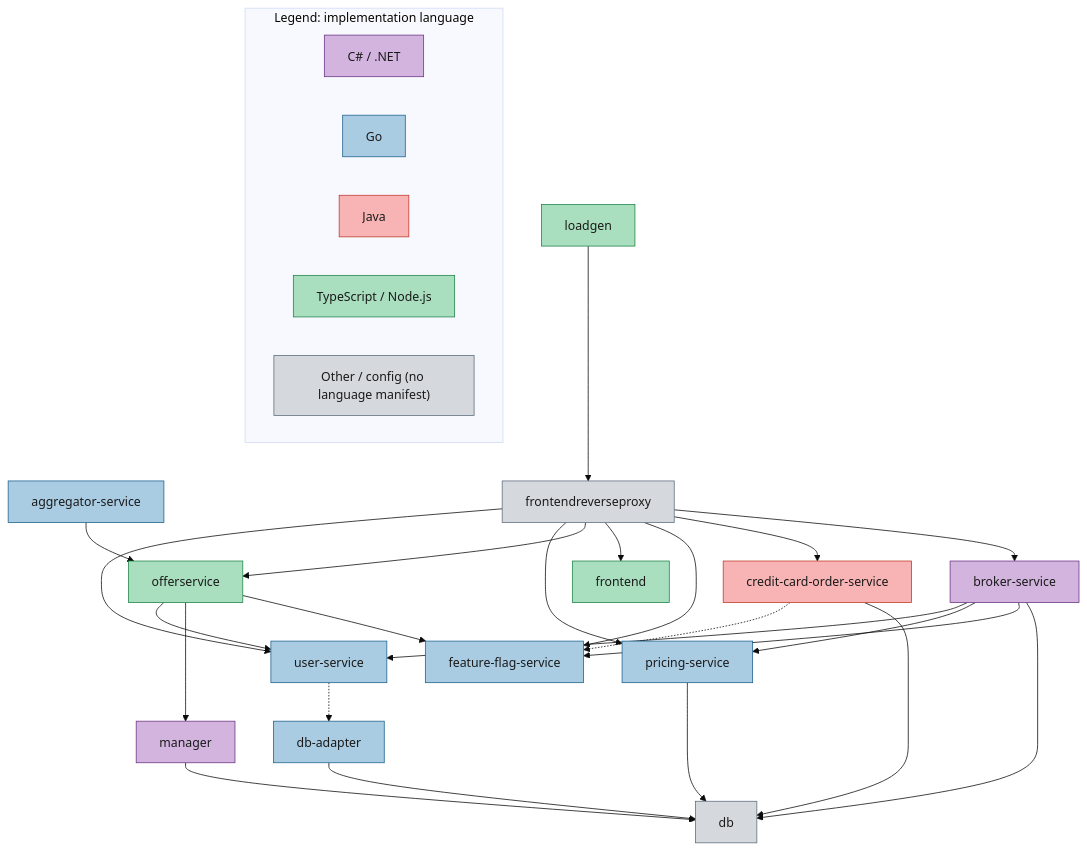
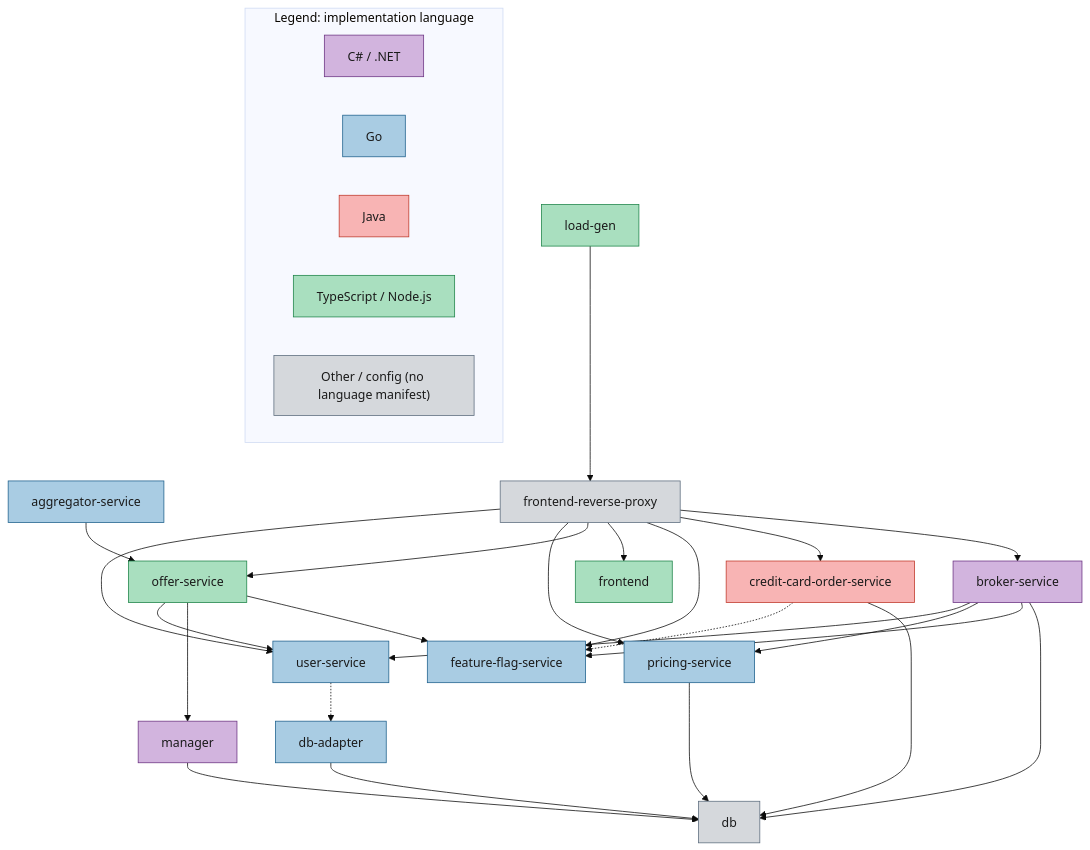
The diagram in README.md (Dynatrace/easytrade), drawn with Mermaid (base theme) before and after one commit. The commit also changed other lines of this file and 90 other files, not shown here.

Commit message:
feat: dash-separated naming convention for frontendreverseproxy, loadgen and offerservice

````diff
--- a/README.md
+++ b/README.md
@@ -14,48 +14,48 @@
 ```mermaid
 flowchart TD
-    aggregator-service --> offerservice
+    aggregator-service --> offer-service
     broker-service --> db
     broker-service --> feature-flag-service
     broker-service --> pricing-service
     broker-service --> user-service
     credit-card-order-service --> db
     db-adapter --> db
-    frontendreverseproxy --> broker-service
-    frontendreverseproxy --> credit-card-order-service
-    frontendreverseproxy --> feature-flag-service
-    frontendreverseproxy --> frontend
-    frontendreverseproxy --> offerservice
-    frontendreverseproxy --> pricing-service
-    frontendreverseproxy --> user-service
-    loadgen --> frontendreverseproxy
+    frontend-reverse-proxy --> broker-service
+    frontend-reverse-proxy --> credit-card-order-service
+    frontend-reverse-proxy --> feature-flag-service
+    frontend-reverse-proxy --> frontend
+    frontend-reverse-proxy --> offer-service
+    frontend-reverse-proxy --> pricing-service
+    frontend-reverse-proxy --> user-service
+    load-gen --> frontend-reverse-proxy
     manager --> db
-    offerservice --> feature-flag-service
-    offerservice --> manager
-    offerservice --> user-service
+    offer-service --> feature-flag-service
+    offer-service --> manager
+    offer-service --> user-service
     pricing-service --> db
     credit-card-order-service -.-> feature-flag-service
     user-service -.-> db-adapter
 
     class broker-service,manager dotnet
     class aggregator-service,db-adapter,feature-flag-service,pricing-service,user-service go
     class problem-operator goOffCompose
     class credit-card-order-service java
-    class frontend,loadgen,offerservice node
-    class db,frontendreverseproxy other
+    class frontend,load-gen,offer-service node
+    class db,frontend-reverse-proxy other
 
     classDef dotnet fill:#d2b4de,stroke:#6c3483,color:#1a1a1a,stroke-width:1px
     classDef go fill:#a9cce3,stroke:#1f618d,color:#1a1a1a,stroke-width:1px
     classDef java fill:#f8b4b4,stroke:#c0392b,color:#1a1a1a,stroke-width:1px
     classDef node fill:#a9dfbf,stroke:#1e8449,color:#1a1a1a,stroke-width:1px
     classDef other fill:#d5d8dc,stroke:#5d6d7e,color:#1a1a1a,stroke-width:1px
     classDef goOffCompose fill:#a9cce3,stroke:#1f618d,color:#1a1a1a,stroke-width:1px,stroke-dasharray:5 5
 
     subgraph Legend[Legend: implementation language]
         direction LR
         legend_dotnet["C# / .NET"]:::dotnet
         legend_go["Go"]:::go
         legend_java["Java"]:::java
         legend_node["TypeScript / Node.js"]:::node
         legend_other["Other / config (no language manifest)"]:::other
     end
 ```
````
